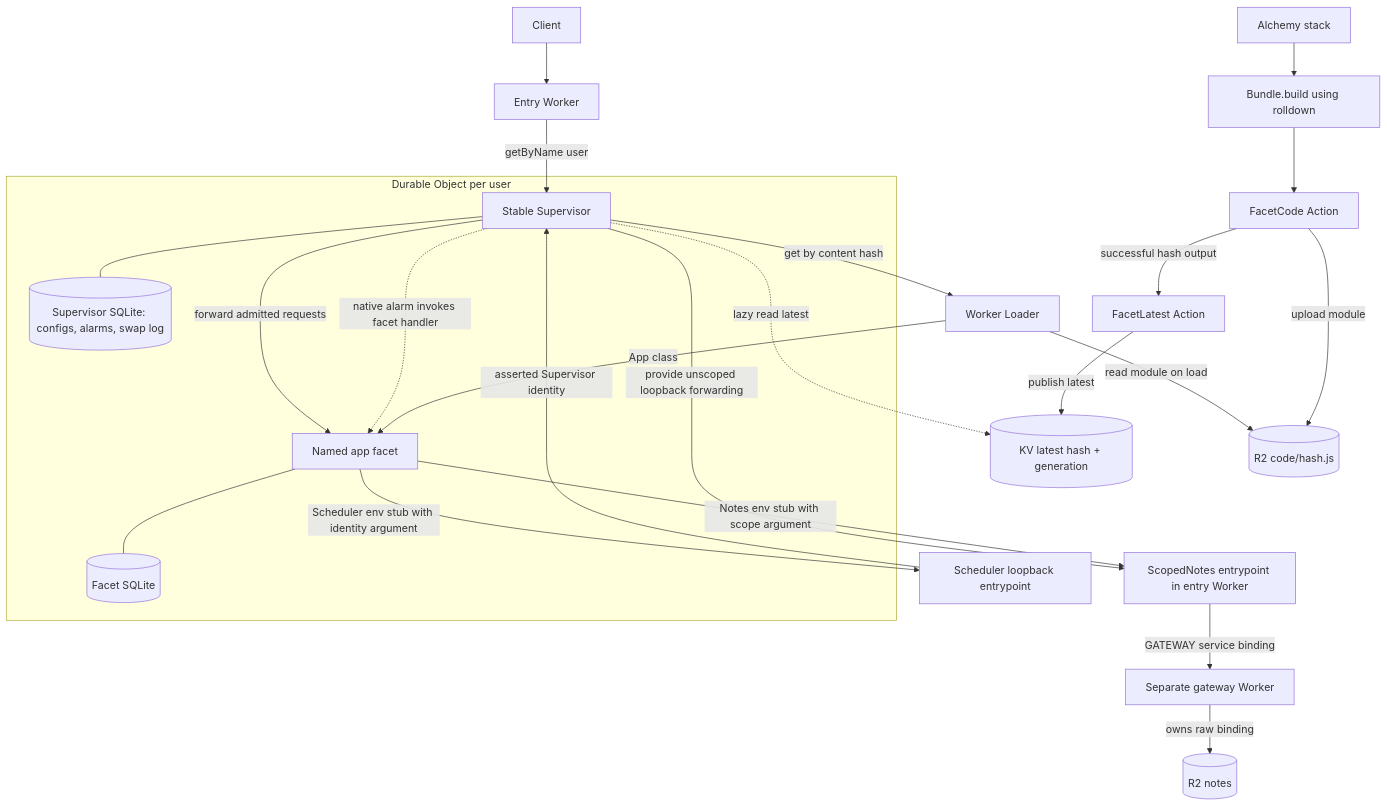
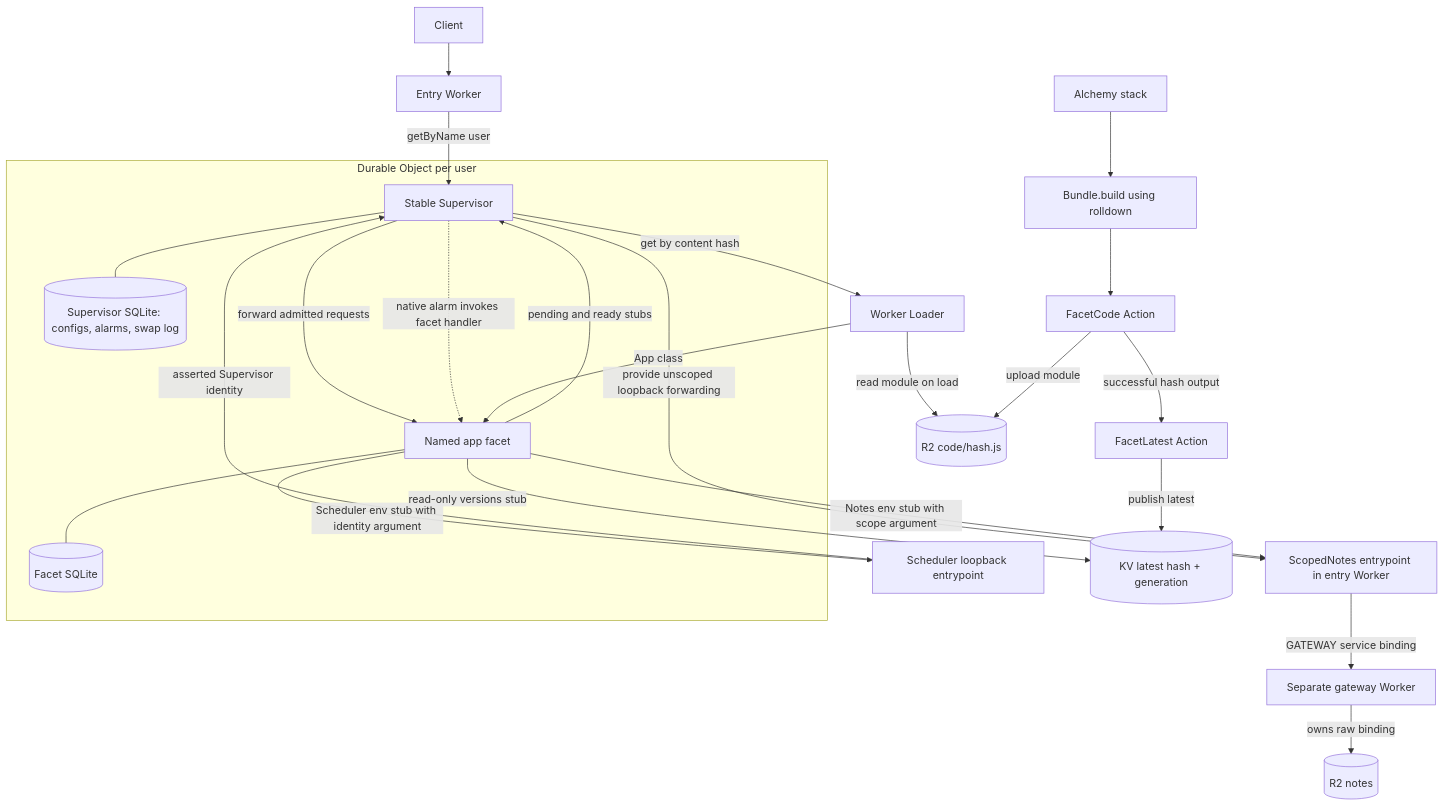
Before and after one commit to boarush/facet-swap: the first of 2 diagrams in docs/ARCHITECTURE.md, drawn with Mermaid. The commit also changed other lines of this file and 12 other files, not shown here.

````diff
--- a/docs/ARCHITECTURE.md
+++ b/docs/ARCHITECTURE.md
@@ -27,26 +27,27 @@
 ```mermaid
 flowchart TB
   C[Client] --> E[Entry Worker]
   E -->|getByName user| S
   subgraph DO[Durable Object per user]
     S[Stable Supervisor] -->|forward admitted requests| F[Named app facet]
     S --- SD[(Supervisor SQLite: configs, alarms, swap log)]
     F --- FD[(Facet SQLite)]
   end
   S -->|provide unscoped loopback forwarding| N[ScopedNotes entrypoint in entry Worker]
   N -->|GATEWAY service binding| G[Separate gateway Worker]
   F -->|Notes env stub with scope argument| N
   F -->|Scheduler env stub with identity argument| A[Scheduler loopback entrypoint]
   A -->|asserted Supervisor identity| S
   S -.->|native alarm invokes facet handler| F
   G -->|owns raw binding| NOTES[(R2 notes)]
-  S -.->|lazy read latest| KV[(KV latest hash + generation)]
+  F -->|read-only versions stub| KV[(KV latest hash + generation)]
+  F -->|pending and ready stubs| S
   S -->|get by content hash| L[Worker Loader]
   L -->|read module on load| R2[(R2 code/hash.js)]
   L -->|App class| F
   STACK[Alchemy stack] --> B[Bundle.build using rolldown]
   B --> U[FacetCode Action]
   U -->|upload module| R2
   U -->|successful hash output| P[FacetLatest Action]
   P -->|publish latest| KV
 ```
````
